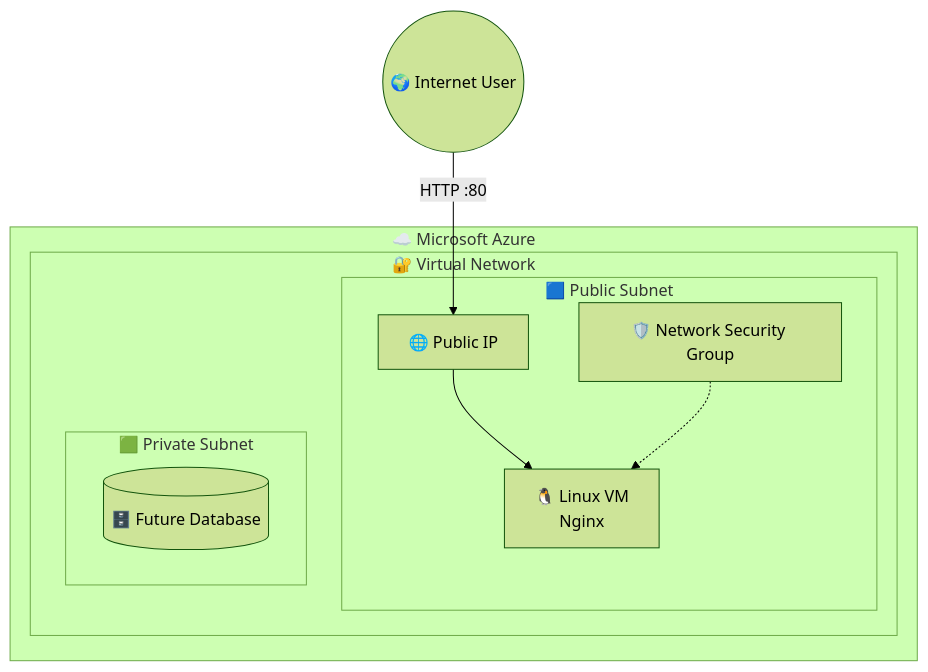
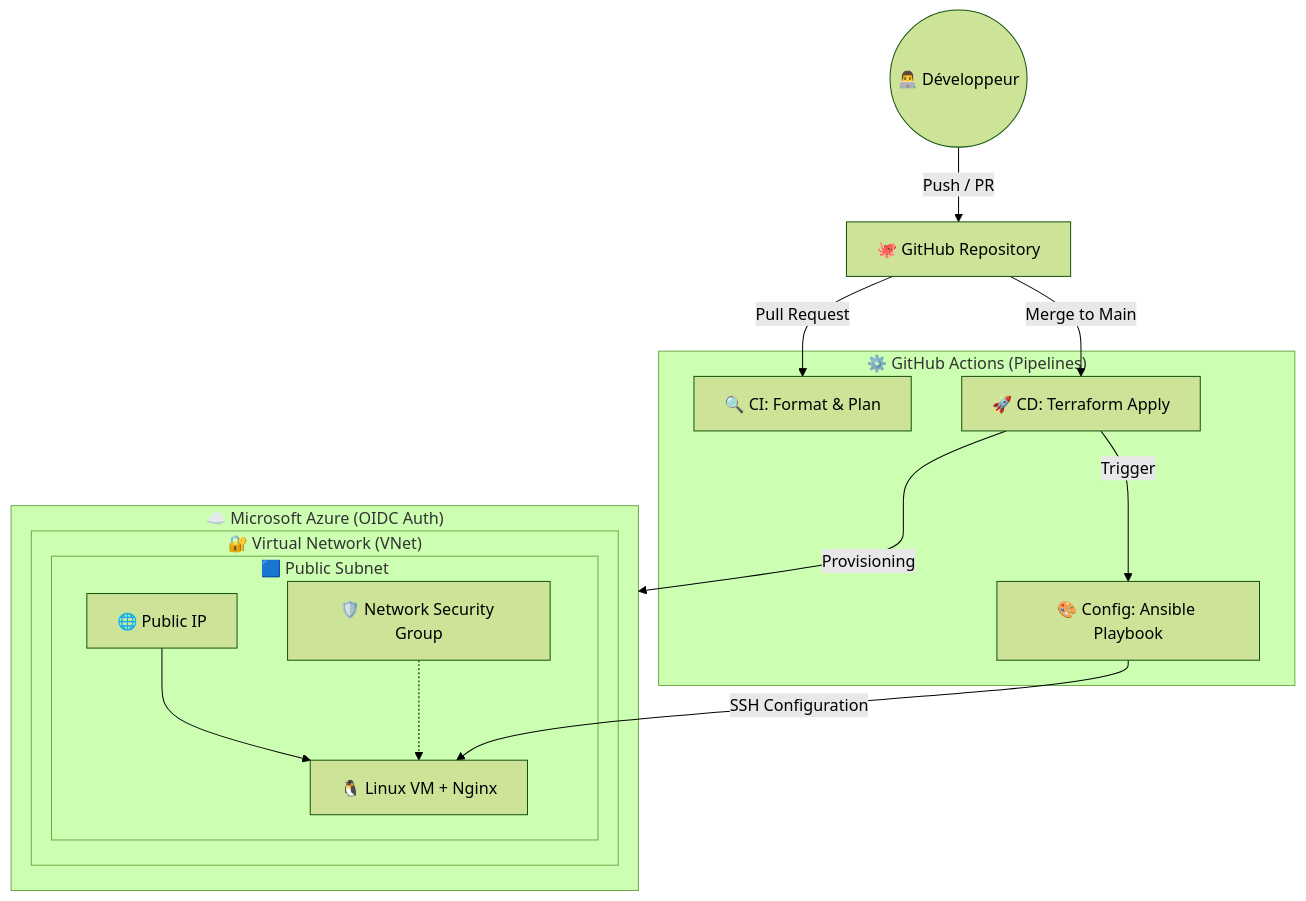
The diagram in README.md (AbdessamadMAHJOUBIdevops/azure-terraform-enterprise-architecture), drawn with Mermaid (forest theme) before and after one commit. The commit also changed other lines of this file, not shown here.

````diff
--- a/README.md
+++ b/README.md
@@ -58,28 +55,27 @@
 ```mermaid
 graph TD
-    User((🌍 Internet User)) -->|HTTP :80| PIP[🌐 Public IP]
+    Dev((👨‍💻 Développeur)) -->|Push / PR| GitHub[🐙 GitHub Repository]
+    
+    subgraph CI_CD["⚙️ GitHub Actions (Pipelines)"]
+        CI[🔍 CI: Format & Plan]
+        CD[🚀 CD: Terraform Apply]
+        Ans[🎨 Config: Ansible Playbook]
+    end
 
-    subgraph Azure["☁️ Microsoft Azure"]
-        subgraph VNet["🔐 Virtual Network"]
+    GitHub -->|Pull Request| CI
+    GitHub -->|Merge to Main| CD
+    CD -->|Trigger| Ans
+
+    subgraph Azure["☁️ Microsoft Azure (OIDC Auth)"]
+        subgraph VNet["🔐 Virtual Network (VNet)"]
             subgraph PublicSubnet["🟦 Public Subnet"]
-                PIP --> VM[🐧 Linux VM<br/>Nginx]
+                PIP[🌐 Public IP] --> VM[🐧 Linux VM + Nginx]
                 NSG[🛡️ Network Security Group] -.-> VM
-            end
-
-            subgraph PrivateSubnet["🟩 Private Subnet"]
-                DB[(🗄️ Future Database)]
             end
         end
     end
 
-
-
-
-
-
-
-
-
-
+    CD -->|Provisioning| Azure
+    Ans -->|SSH Configuration| VM
 
 ```
````
